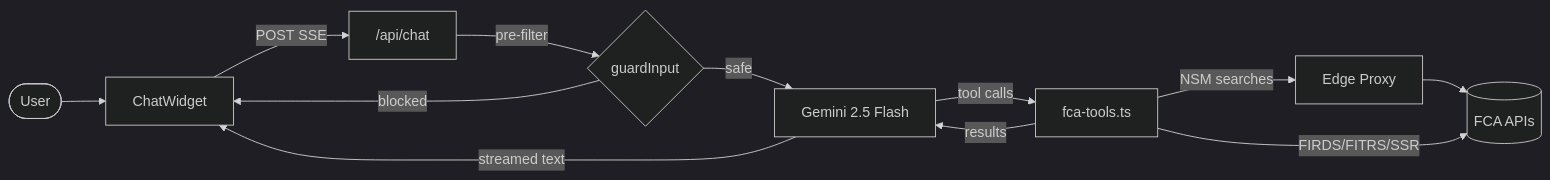
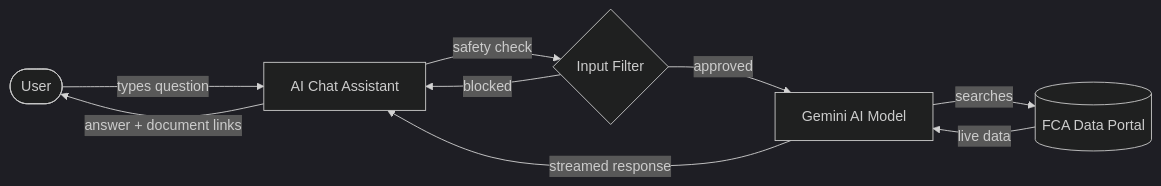
Before and after one commit to ashar87/fca-chatbot: the diagram in ARCHITECTURE.md, drawn with Mermaid (dark theme).

Commit message:
Simplify architecture diagram for non-technical audience

````diff
--- a/ARCHITECTURE.md
+++ b/ARCHITECTURE.md
@@ -3,14 +3,11 @@
 ```mermaid
 flowchart LR
-    User([User]) --> ChatWidget
-    ChatWidget -->|POST SSE| API["/api/chat"]
-    API -->|pre-filter| Guard{guardInput}
-    Guard -->|blocked| ChatWidget
-    Guard -->|safe| Gemini[Gemini 2.5 Flash]
-    Gemini -->|tool calls| FCATools[fca-tools.ts]
-    FCATools -->|NSM searches| FCAProxy[Edge Proxy]
-    FCAProxy --> FCA[(FCA APIs)]
-    FCATools -->|FIRDS/FITRS/SSR| FCA
-    FCATools -->|results| Gemini
-    Gemini -->|streamed text| ChatWidget
+    User([User]) -->|types question| Chat[AI Chat Assistant]
+    Chat -->|safety check| Guard{Input Filter}
+    Guard -->|blocked| Chat
+    Guard -->|approved| AI[Gemini AI Model]
+    AI -->|searches| FCA[(FCA Data Portal)]
+    FCA -->|live data| AI
+    AI -->|streamed response| Chat
+    Chat -->|answer + document links| User
 ```
````
